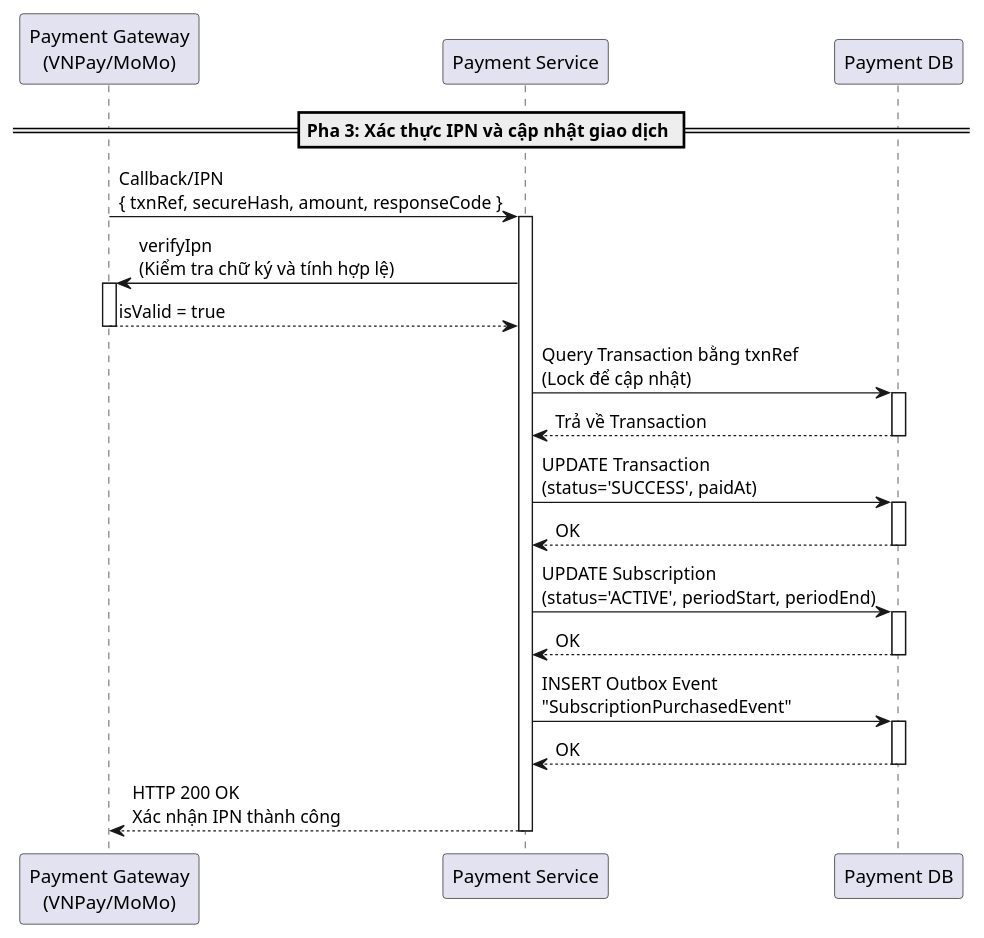
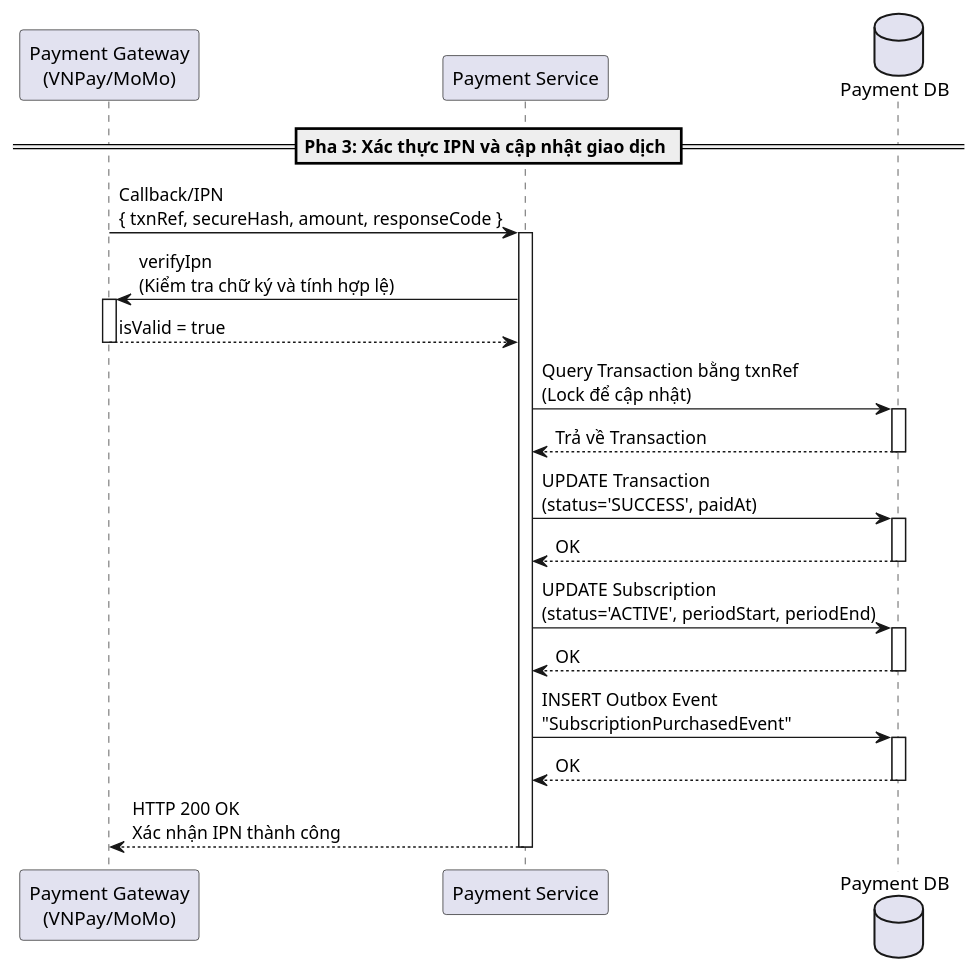
One commit to 20206205Tech/docs-uml changed the diagram in temp/05-sequence/UML-Sequence-31.puml. Above: the diagram before and after it, drawn with PlantUML. The commit also changed 63 other files, not shown here.

```diff
--- a/temp/05-sequence/UML-Sequence-31.puml
+++ b/temp/05-sequence/UML-Sequence-31.puml
@@ -1,38 +1,38 @@
 @startuml
 participant "Payment Gateway\n(VNPay/MoMo)" as Gateway
 participant "Payment Service" as PaymentService
-participant "Payment DB" as DB
+database "Payment DB" as DB
 
 == Pha 3: Xác thực IPN và cập nhật giao dịch ==
 
 Gateway -> PaymentService: Callback/IPN\n{ txnRef, secureHash, amount, responseCode }
 activate PaymentService
 
 PaymentService -> Gateway: verifyIpn\n(Kiểm tra chữ ký và tính hợp lệ)
 activate Gateway
 Gateway --> PaymentService: isValid = true
 deactivate Gateway
 
 PaymentService -> DB: Query Transaction bằng txnRef\n(Lock để cập nhật)
 activate DB
 DB --> PaymentService: Trả về Transaction
 deactivate DB
 
 PaymentService -> DB: UPDATE Transaction\n(status='SUCCESS', paidAt)
 activate DB
 DB --> PaymentService: OK
 deactivate DB
 
 PaymentService -> DB: UPDATE Subscription\n(status='ACTIVE', periodStart, periodEnd)
 activate DB
 DB --> PaymentService: OK
 deactivate DB
 
 PaymentService -> DB: INSERT Outbox Event\n"SubscriptionPurchasedEvent"
 activate DB
 DB --> PaymentService: OK
 deactivate DB
 
 PaymentService --> Gateway: HTTP 200 OK\nXác nhận IPN thành công
 deactivate PaymentService
 @enduml
```
